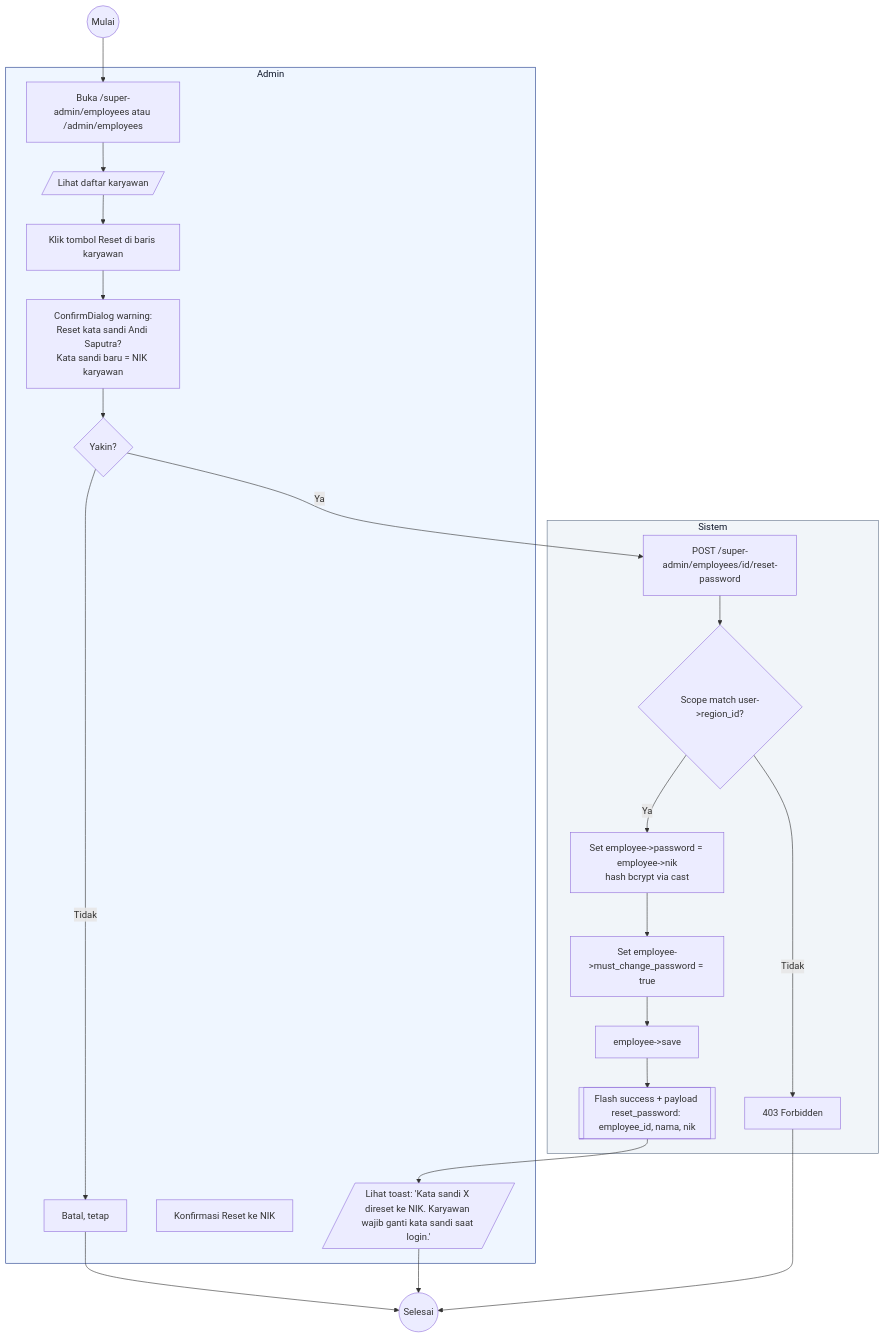
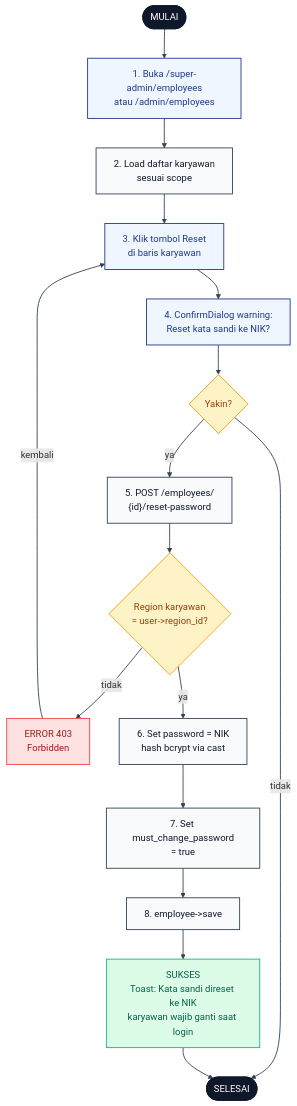
Before and after one commit to radacore/absensi-pu: the diagram in docs/activity-diagrams/17-reset-password-admin.md, drawn with Mermaid. The commit also changed other lines of this file and 22 other files, not shown here.

First line of the commit message:
docs(diagram): terapkan pola mermaid flowchart TD ke 23 diagram sisanya

````diff
--- a/docs/activity-diagrams/17-reset-password-admin.md
+++ b/docs/activity-diagrams/17-reset-password-admin.md
@@ -11,47 +11,47 @@
 ```mermaid
 flowchart TD
-    Start((Mulai)) --> A1
+    START([MULAI]):::se
 
-    subgraph Admin[Admin]
-        A1[Buka /super-admin/employees atau /admin/employees]
-        A2[/Lihat daftar karyawan/]
-        A3[Klik tombol Reset di baris karyawan]
-        A4[ConfirmDialog warning:<br/>Reset kata sandi Andi Saputra?<br/>Kata sandi baru = NIK karyawan]
-        A5{Yakin?}
-        A6[Batal, tetap]
-        A7[Konfirmasi Reset ke NIK]
-        A8[/Lihat toast: 'Kata sandi X direset ke NIK. Karyawan wajib ganti kata sandi saat login.'/]
-    end
+    A1["1. Buka /super-admin/employees<br/>atau /admin/employees"]:::user
+    S1["2. Load daftar karyawan<br/>sesuai scope"]:::sys
+    A2["3. Klik tombol Reset<br/>di baris karyawan"]:::user
+    A3["4. ConfirmDialog warning:<br/>Reset kata sandi ke NIK?"]:::user
+    D1{"Yakin?"}:::dec
 
-    subgraph Sistem[Sistem]
-        S1[POST /super-admin/employees/id/reset-password]
-        S2{Scope match user->region_id?}
-        S3[403 Forbidden]
-        S4[Set employee->password = employee->nik<br/>hash bcrypt via cast]
-        S5[Set employee->must_change_password = true]
-        S6[employee->save]
-        S7[[Flash success + payload reset_password: employee_id, nama, nik]]
-    end
+    S2["5. POST /employees/<br/>{id}/reset-password"]:::sys
+    D2{"Region karyawan<br/>= user->region_id?"}:::dec
+    E1["ERROR 403<br/>Forbidden"]:::err
 
-    A1 --> A2
+    S3["6. Set password = NIK<br/>hash bcrypt via cast"]:::sys
+    S4["7. Set must_change_password<br/>= true"]:::sys
+    S5["8. employee->save"]:::sys
+
+    OK["SUKSES<br/>Toast: Kata sandi direset ke NIK<br/>karyawan wajib ganti saat login"]:::ok
+    END([SELESAI]):::se
+
+    START --> A1
+    A1 --> S1
+    S1 --> A2
     A2 --> A3
-    A3 --> A4
-    A4 --> A5
-    A5 -->|Tidak| A6
-    A6 --> End((Selesai))
-    A5 -->|Ya| S1
-    S1 --> S2
-    S2 -->|Tidak| S3
-    S2 -->|Ya| S4
+    A3 --> D1
+    D1 -->|tidak| END
+    D1 -->|ya| S2
+    S2 --> D2
+    D2 -->|tidak| E1
+    D2 -->|ya| S3
+    S3 --> S4
     S4 --> S5
-    S5 --> S6
-    S6 --> S7
-    S7 --> A8
-    A8 --> End
-    S3 --> End
+    S5 --> OK
+    OK --> END
 
-    classDef actor fill:#EFF6FF,stroke:#1E3A8A,stroke-width:1px,color:#0F172A
-    classDef system fill:#F1F5F9,stroke:#64748B,stroke-width:1px,color:#0F172A
-    class Admin actor
-    class Sistem system
+    E1 -->|kembali| A2
+
+    classDef se fill:#0F172A,stroke:#0F172A,color:#fff,stroke-width:2px
+    classDef user fill:#EFF6FF,stroke:#1E3A8A,color:#1E3A8A,stroke-width:1.5px
+    classDef sys fill:#F8FAFC,stroke:#334155,color:#0F172A,stroke-width:1.5px
+    classDef dec fill:#FEF3C7,stroke:#F59E0B,color:#92400E,stroke-width:1.5px
+    classDef err fill:#FEE2E2,stroke:#EF4444,color:#991B1B,stroke-width:1.5px
+    classDef ok fill:#DCFCE7,stroke:#10B981,color:#065F46,stroke-width:1.5px
+
+    linkStyle default stroke:#334155,stroke-width:1.5px
 ```
````
